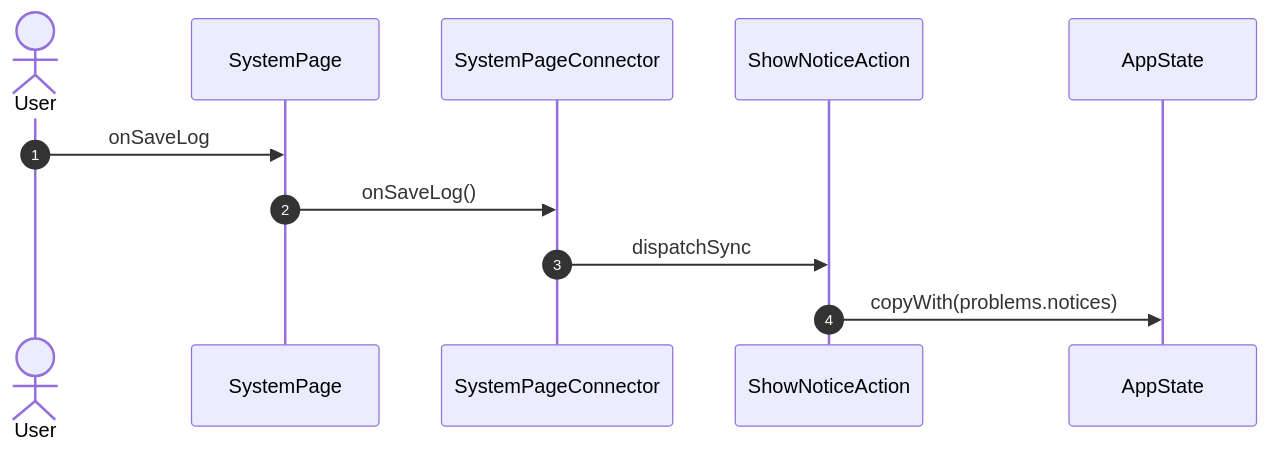
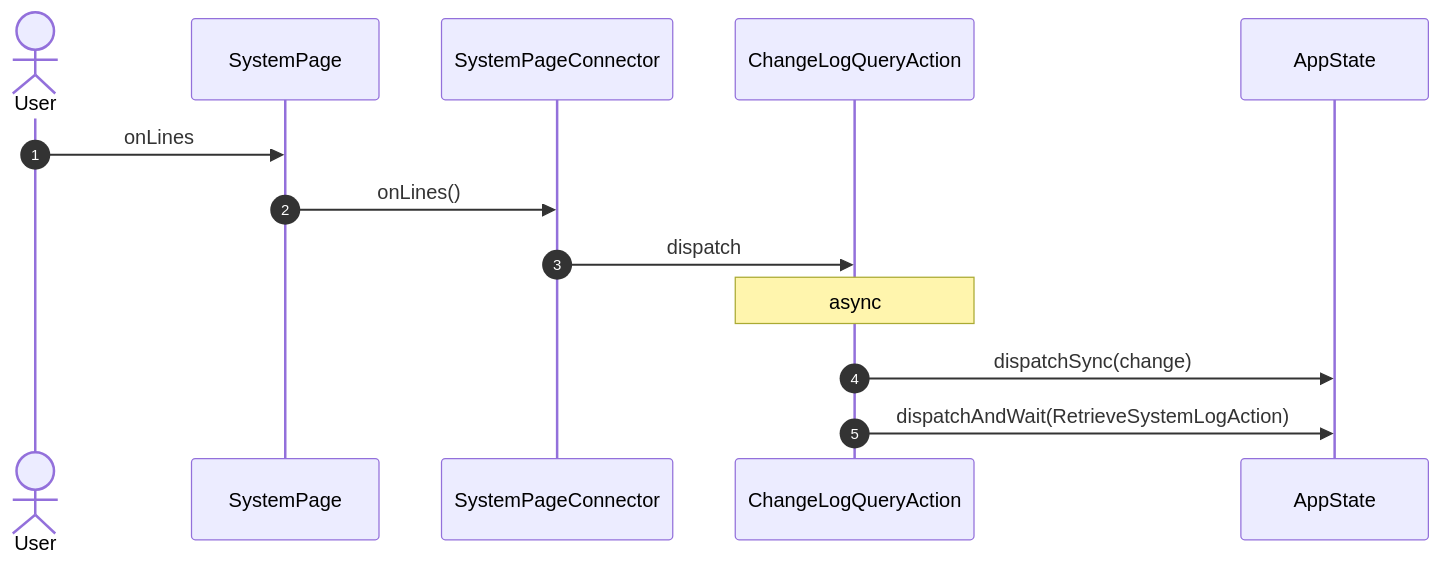
One commit to gencto/wyrm changed diagram 17 of 26 in studio/docs/flows/system.md. Above: the diagram before and after it, drawn with Mermaid. The commit also changed other lines of this file and 88 other files, not shown here.

First line of the commit message:
studio: system: typed values, words in ui, one action per intent

````diff
--- a/studio/docs/flows/system.md
+++ b/studio/docs/flows/system.md
@@ -368,14 +289,16 @@
 ```mermaid
 sequenceDiagram
     autonumber
     actor User
     participant UI as SystemPage
     participant VM as SystemPageConnector
-    participant A1 as ShowNoticeAction
+    participant A1 as ChangeLogQueryAction
     participant ST as AppState
 
-    User->>UI: onSaveLog
-    UI->>VM: onSaveLog()
-    VM->>A1: dispatchSync
-    A1->>ST: copyWith(problems.notices)
+    User->>UI: onLines
+    UI->>VM: onLines()
+    VM->>A1: dispatch
+    Note over A1: async
+    A1->>ST: dispatchSync(change)
+    A1->>ST: dispatchAndWait(RetrieveSystemLogAction)
 ```
````
